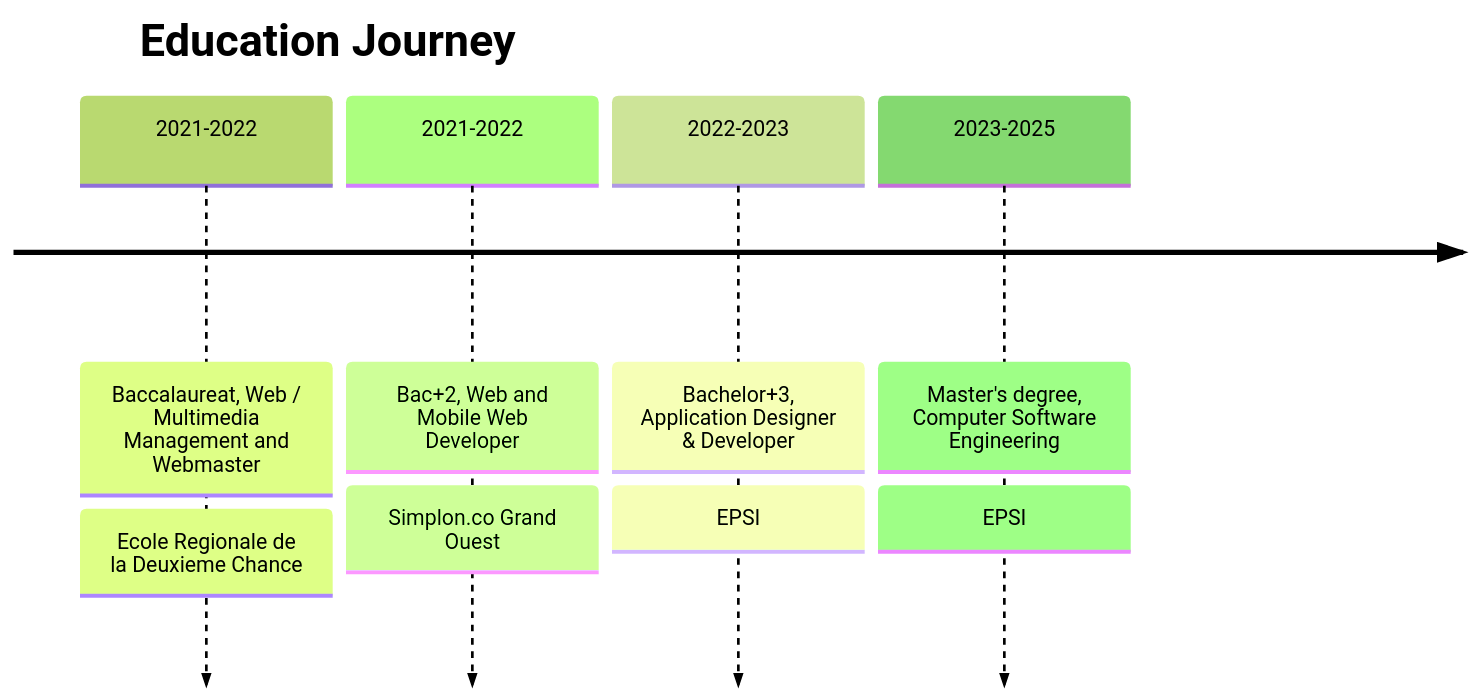
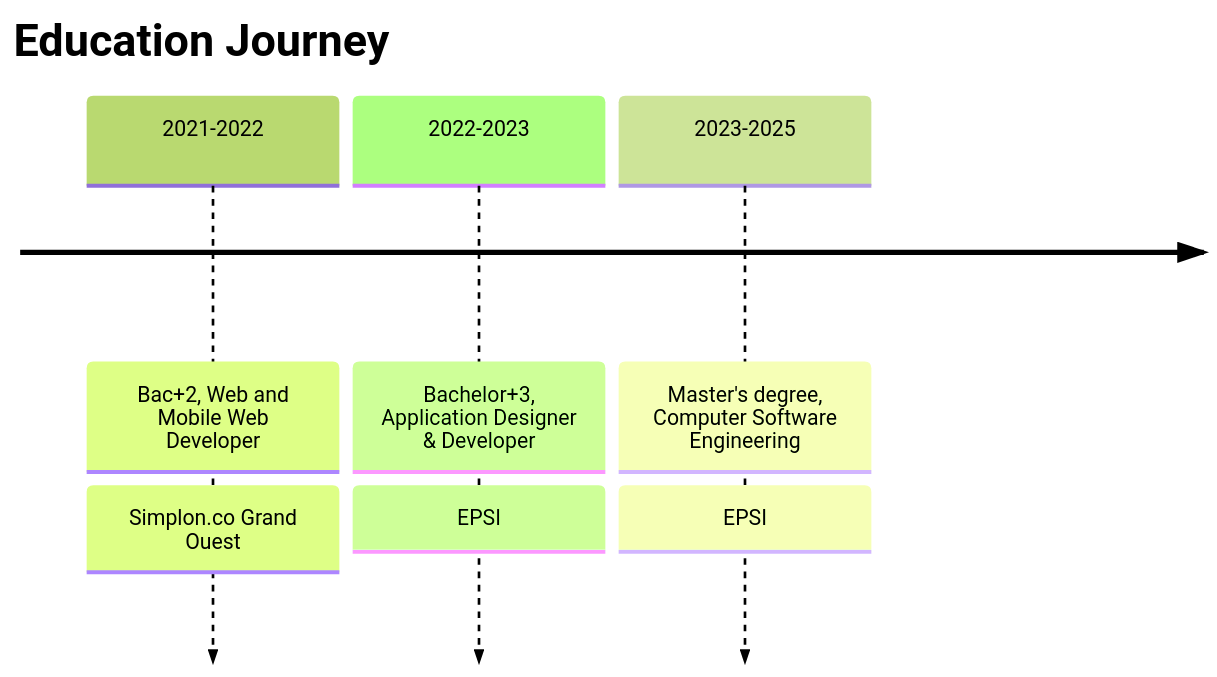
The second of 2 diagrams in README.md (Enockm21/Enockm21), drawn with Mermaid (forest theme) before and after one commit.

Commit message:
Remove Ecole Regionale de la Deuxieme Chance from education

````diff
--- a/README.md
+++ b/README.md
@@ -175,12 +175,10 @@
 ```mermaid
 timeline
     title Education Journey
-    2021-2022 : Baccalaureat, Web / Multimedia Management and Webmaster
-              : Ecole Regionale de la Deuxieme Chance
     2021-2022 : Bac+2, Web and Mobile Web Developer
               : Simplon.co Grand Ouest
     2022-2023 : Bachelor+3, Application Designer & Developer
               : EPSI
     2023-2025 : Master's degree, Computer Software Engineering
               : EPSI
 ```
````
